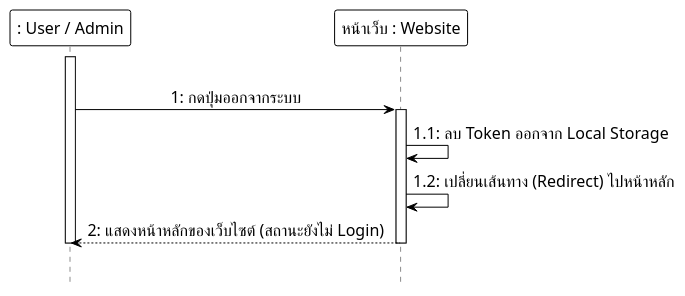
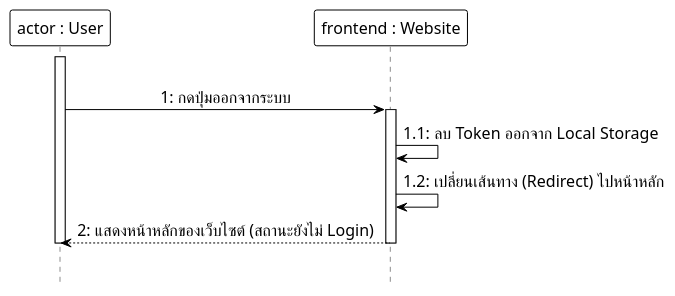
One commit to Anatta-at/my-portfolio-app changed diagram 12 of 15 in docs/diagrams/plantuml_source/plantuml_sequence_diagrams.md. Above: the diagram before and after it, drawn with PlantUML. The commit also changed other lines of this file and 16 other files, not shown here.

Commit message:
docs: Update diagram swimlanes and participants to use instance : Class notation

````diff
--- a/docs/diagrams/plantuml_source/plantuml_sequence_diagrams.md
+++ b/docs/diagrams/plantuml_source/plantuml_sequence_diagrams.md
@@ -642,34 +642,34 @@
 ```plantuml
 @startuml
 hide footbox
 skinparam monochrome true
 skinparam shadowing false
 skinparam backgroundcolor transparent
 skinparam ParticipantMinHeight 60
 skinparam ParticipantMinWidth 160
 skinparam ParticipantBackgroundColor white
 skinparam ParticipantBorderColor black
 skinparam ParticipantBorderThickness 1.0
 skinparam ParticipantFontSize 16
 skinparam LifeLineBackgroundColor white
 skinparam LifeLineBorderColor black
 skinparam LifeLineBorderThickness 1.0
 skinparam ArrowColor black
 skinparam ArrowFontSize 16
 skinparam sequenceMessageAlign center
 
-participant ": User / Admin" as User
-participant "หน้าเว็บ : Website" as Frontend
+participant "actor : User" as User
+participant "frontend : Website" as Frontend
 
 |||
 activate User
 User -> Frontend: 1: กดปุ่มออกจากระบบ
 activate Frontend
 Frontend -> Frontend: 1.1: ลบ Token ออกจาก Local Storage
 Frontend -> Frontend: 1.2: เปลี่ยนเส้นทาง (Redirect) ไปหน้าหลัก
 Frontend --> User: 2: แสดงหน้าหลักของเว็บไซต์ (สถานะยังไม่ Login)
 deactivate Frontend
 deactivate User
 |||
 @enduml
 ```
````
